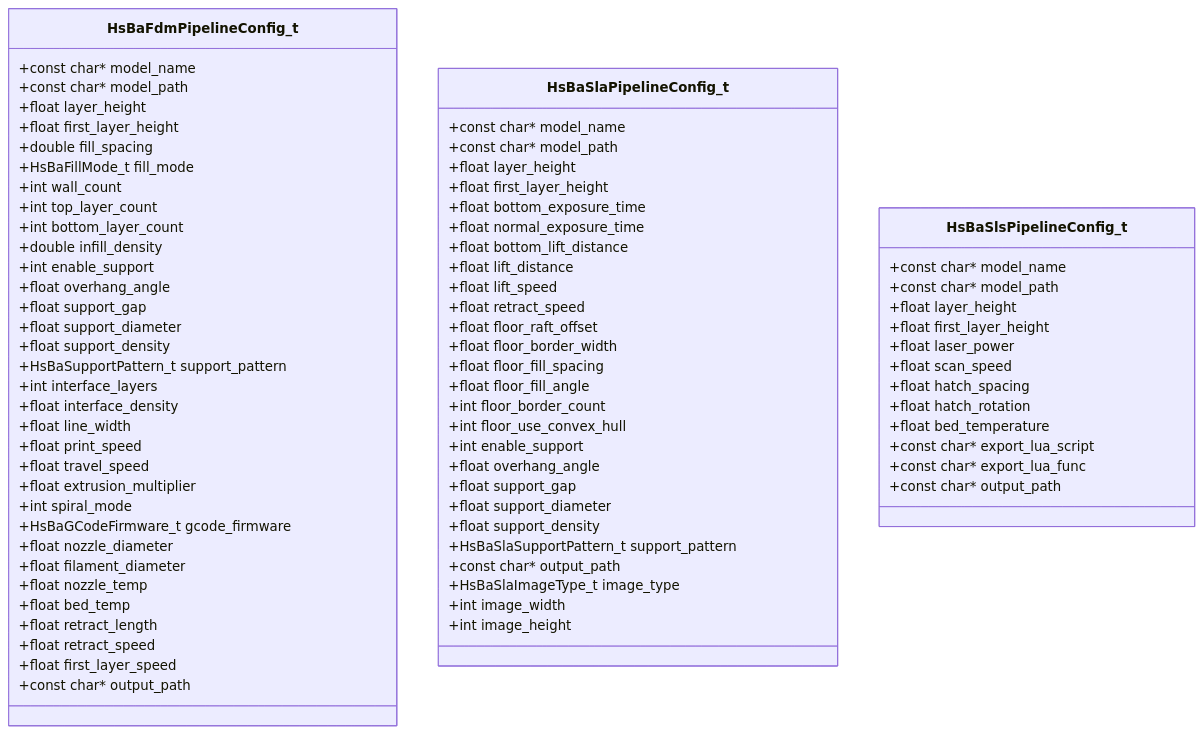
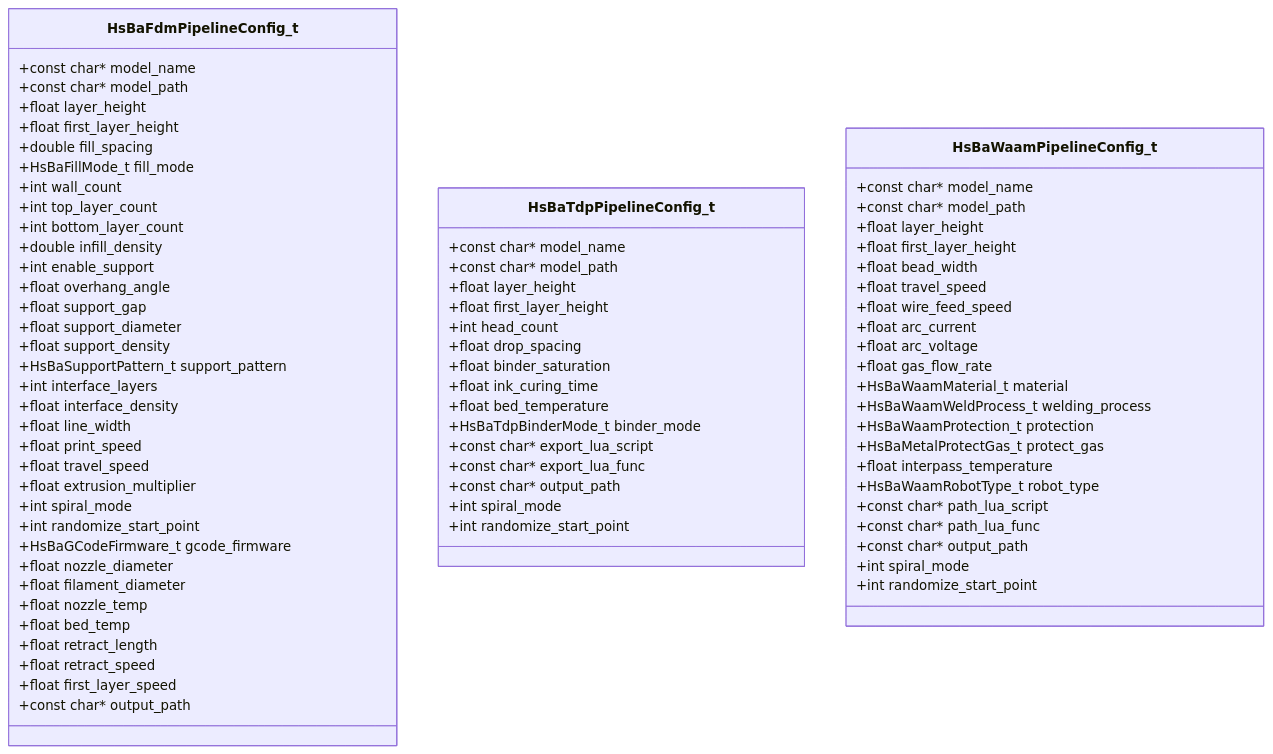
The second of 8 diagrams in .qoder/repowiki/zh/content/API 参考文档/流水线配置类型.md (hsmbanlance/HsBaSlicer), drawn with Mermaid before and after one commit. The commit also changed other lines of this file and 365 other files, not shown here.

````diff
--- a/.qoder/repowiki/zh/content/API 参考文档/流水线配置类型.md
+++ b/.qoder/repowiki/zh/content/API 参考文档/流水线配置类型.md
@@ -95,79 +106,78 @@
 ```mermaid
 classDiagram
 class HsBaFdmPipelineConfig_t {
 +const char* model_name
 +const char* model_path
 +float layer_height
 +float first_layer_height
 +double fill_spacing
 +HsBaFillMode_t fill_mode
 +int wall_count
 +int top_layer_count
 +int bottom_layer_count
 +double infill_density
 +int enable_support
 +float overhang_angle
 +float support_gap
 +float support_diameter
 +float support_density
 +HsBaSupportPattern_t support_pattern
 +int interface_layers
 +float interface_density
 +float line_width
 +float print_speed
 +float travel_speed
 +float extrusion_multiplier
 +int spiral_mode
++int randomize_start_point
 +HsBaGCodeFirmware_t gcode_firmware
 +float nozzle_diameter
 +float filament_diameter
 +float nozzle_temp
 +float bed_temp
 +float retract_length
 +float retract_speed
 +float first_layer_speed
 +const char* output_path
 }
-class HsBaSlaPipelineConfig_t {
+class HsBaTdpPipelineConfig_t {
 +const char* model_name
 +const char* model_path
 +float layer_height
 +float first_layer_height
-+float bottom_exposure_time
-+float normal_exposure_time
-+float bottom_lift_distance
-+float lift_distance
-+float lift_speed
-+float retract_speed
-+float floor_raft_offset
-+float floor_border_width
-+float floor_fill_spacing
-+float floor_fill_angle
-+int floor_border_count
-+int floor_use_convex_hull
-+int enable_support
-+float overhang_angle
-+float support_gap
-+float support_diameter
-+float support_density
-+HsBaSlaSupportPattern_t support_pattern
++int head_count
++float drop_spacing
++float binder_saturation
++float ink_curing_time
++float bed_temperature
++HsBaTdpBinderMode_t binder_mode
++const char* export_lua_script
++const char* export_lua_func
 +const char* output_path
-+HsBaSlaImageType_t image_type
-+int image_width
-+int image_height
++int spiral_mode
++int randomize_start_point
 }
-class HsBaSlsPipelineConfig_t {
+class HsBaWaamPipelineConfig_t {
 +const char* model_name
 +const char* model_path
 +float layer_height
 +float first_layer_height
-+float laser_power
-+float scan_speed
-+float hatch_spacing
-+float hatch_rotation
-+float bed_temperature
-+const char* export_lua_script
-+const char* export_lua_func
++float bead_width
++float travel_speed
++float wire_feed_speed
++float arc_current
++float arc_voltage
++float gas_flow_rate
++HsBaWaamMaterial_t material
++HsBaWaamWeldProcess_t welding_process
++HsBaWaamProtection_t protection
++HsBaMetalProtectGas_t protect_gas
++float interpass_temperature
++HsBaWaamRobotType_t robot_type
++const char* path_lua_script
++const char* path_lua_func
 +const char* output_path
++int spiral_mode
++int randomize_start_point
 }
 ```
````
